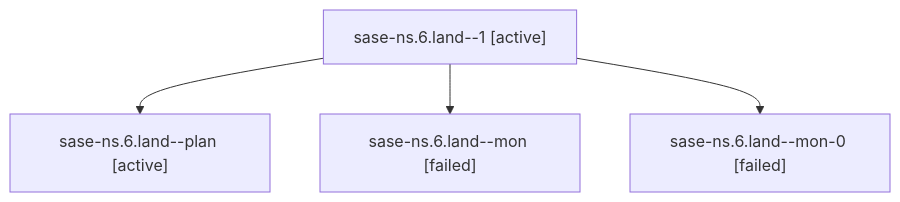
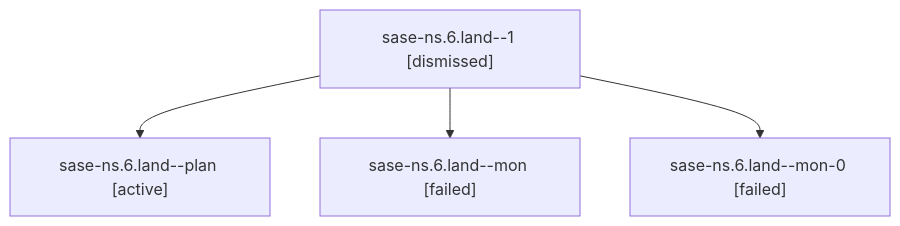
The diagram in sessions/bbugyi200.athena.sase-ns.6.land.md (sase-org/sase--agents), drawn with Mermaid before and after one commit. The commit also changed other lines of this file and 219 other files, not shown here.

````diff
--- a/sessions/bbugyi200.athena.sase-ns.6.land.md
+++ b/sessions/bbugyi200.athena.sase-ns.6.land.md
@@ -9,10 +9,10 @@
 ```mermaid
 flowchart TD
-  n0["sase-ns.6.land--1 [active]"]
+  n0["sase-ns.6.land--1 [dismissed]"]
   n1["sase-ns.6.land--plan [active]"]
   n0 --> n1
   n2["sase-ns.6.land--mon [failed]"]
   n0 --> n2
   n3["sase-ns.6.land--mon-0 [failed]"]
   n0 --> n3
 ```
````
